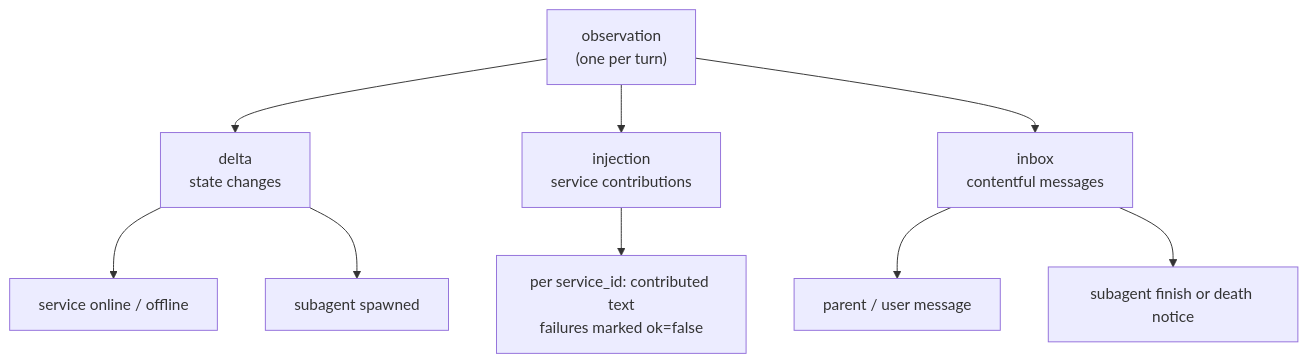
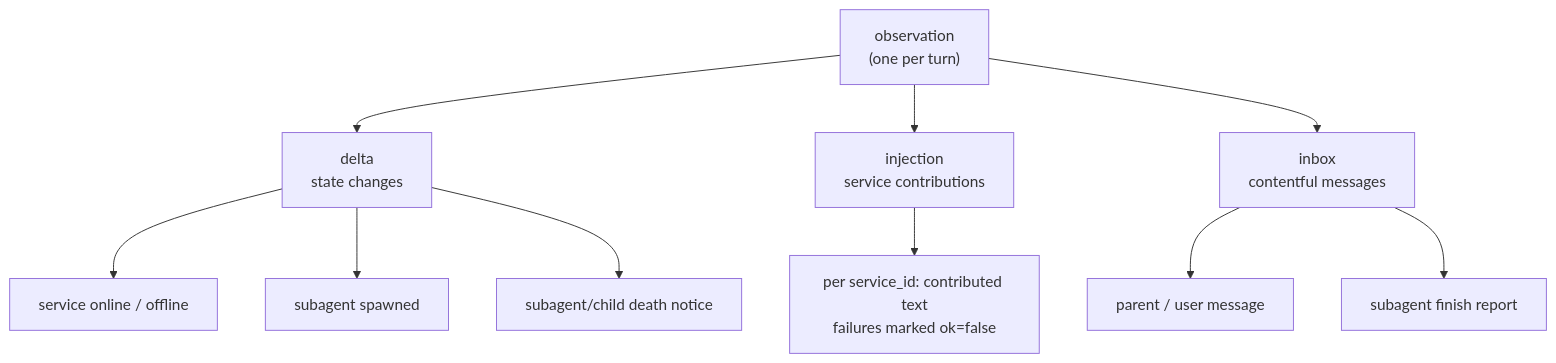
Before and after one commit to DarkSpaceY/NAN-itself: the fifth of 7 diagrams in docs/for-contributors/architecture.md, drawn with Mermaid. The commit also changed other lines of this file and 22 other files, not shown here.

````diff
--- a/docs/for-contributors/architecture.md
+++ b/docs/for-contributors/architecture.md
@@ -122,12 +126,13 @@
 ```mermaid
 flowchart TB
     O["observation<br/>(one per turn)"]
     O --> D["delta<br/>state changes"]
     O --> I["injection<br/>service contributions"]
     O --> X["inbox<br/>contentful messages"]
     D --> D1["service online / offline"]
     D --> D2["subagent spawned"]
+    D --> D3["subagent/child death notice"]
     I --> I1["per service_id: contributed text<br/>failures marked ok=false"]
     X --> X1["parent / user message"]
-    X --> X2["subagent finish or death notice"]
+    X --> X2["subagent finish report"]
 ```
````
